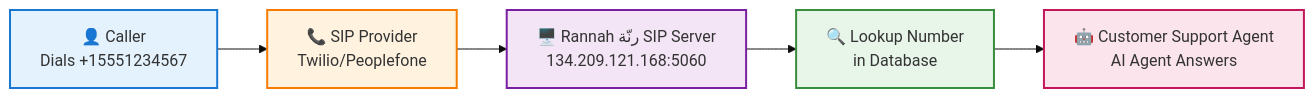
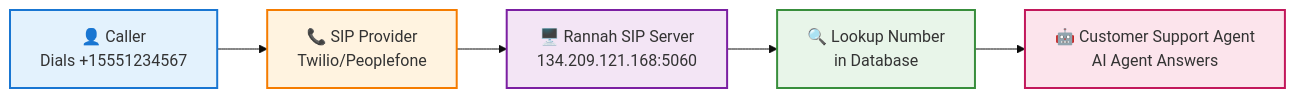
One commit to Moe03/rannah-docs changed the diagram in voice/sip-trunking/phone-numbers.mdx. Above: the diagram before and after it, drawn with Mermaid (base theme). The commit also changed other lines of this file and 20 other files, not shown here.

````diff
--- a/voice/sip-trunking/phone-numbers.mdx
+++ b/voice/sip-trunking/phone-numbers.mdx
@@ -20,13 +20,13 @@
 ```mermaid
 flowchart LR
     A[👤 Caller<br/>Dials +15551234567] --> B[📞 SIP Provider<br/>Twilio/Peoplefone]
-    B --> C[🖥️ Rannah رنّة SIP Server<br/>134.209.121.168:5060]
+    B --> C[🖥️ Rannah SIP Server<br/>134.209.121.168:5060]
     C --> D[🔍 Lookup Number<br/>in Database]
     D --> E[🤖 Customer Support Agent<br/>AI Agent Answers]
 
     style A fill:#e3f2fd,stroke:#1976d2,stroke-width:2px
     style B fill:#fff3e0,stroke:#f57c00,stroke-width:2px
     style C fill:#f3e5f5,stroke:#7b1fa2,stroke-width:2px
     style D fill:#e8f5e9,stroke:#388e3c,stroke-width:2px
     style E fill:#fce4ec,stroke:#c2185b,stroke-width:2px
 ```
````
